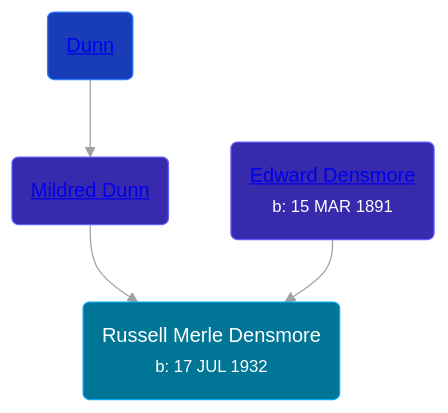
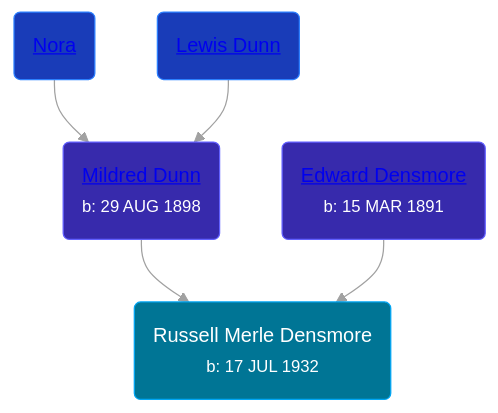
One commit to wpmgotkh/wpmgotkh.github.io changed the diagram in pages/people/4/47260456.md. Above: the diagram before and after it, drawn with Mermaid (base theme). The commit also changed 257 other files, not shown here.

````diff
--- a/pages/people/4/47260456.md
+++ b/pages/people/4/47260456.md
@@ -11,11 +11,12 @@
 ```mermaid
 graph
 classDef grands fill:#193cb8,stroke:#2b7fff,stroke-width:1px,color:#fff;
 classDef parents fill:#372aac,stroke:#615fff,stroke-width:1px,color:#fff;
 classDef primary fill:#007595,stroke:#00a6f4,stroke-width:1px,color:#fff;
 47260456(Russell Merle Densmore<br /><small>b: 17 JUL 1932</small>):::primary
-7869963(<a class="text-white" href="/people/7/7869963">Mildred Dunn</a>):::parents-->47260456
-14066328(<a class="text-white" href="/people/1/14066328">Dunn</a>):::grands-->7869963
+7869963(<a class="text-white" href="/people/7/7869963">Mildred Dunn</a><br /><small>b: 29 AUG 1898</small>):::parents-->47260456
+37580902(<a class="text-white" href="/people/3/37580902">Nora </a>):::grands-->7869963
+14066328(<a class="text-white" href="/people/1/14066328">Lewis Dunn</a>):::grands-->7869963
 75117844(<a class="text-white" href="/people/7/75117844">Edward Densmore</a><br /><small>b: 15 MAR 1891</small>):::parents-->47260456
 linkStyle default stroke:#a1a1a1
 ```
````
